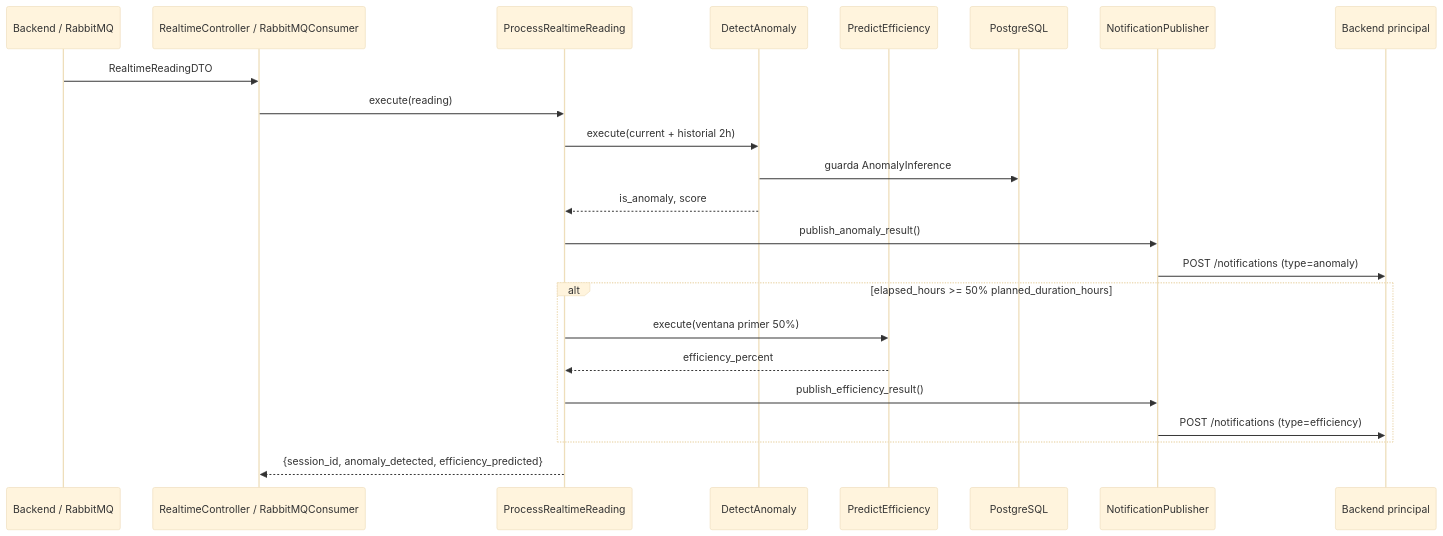
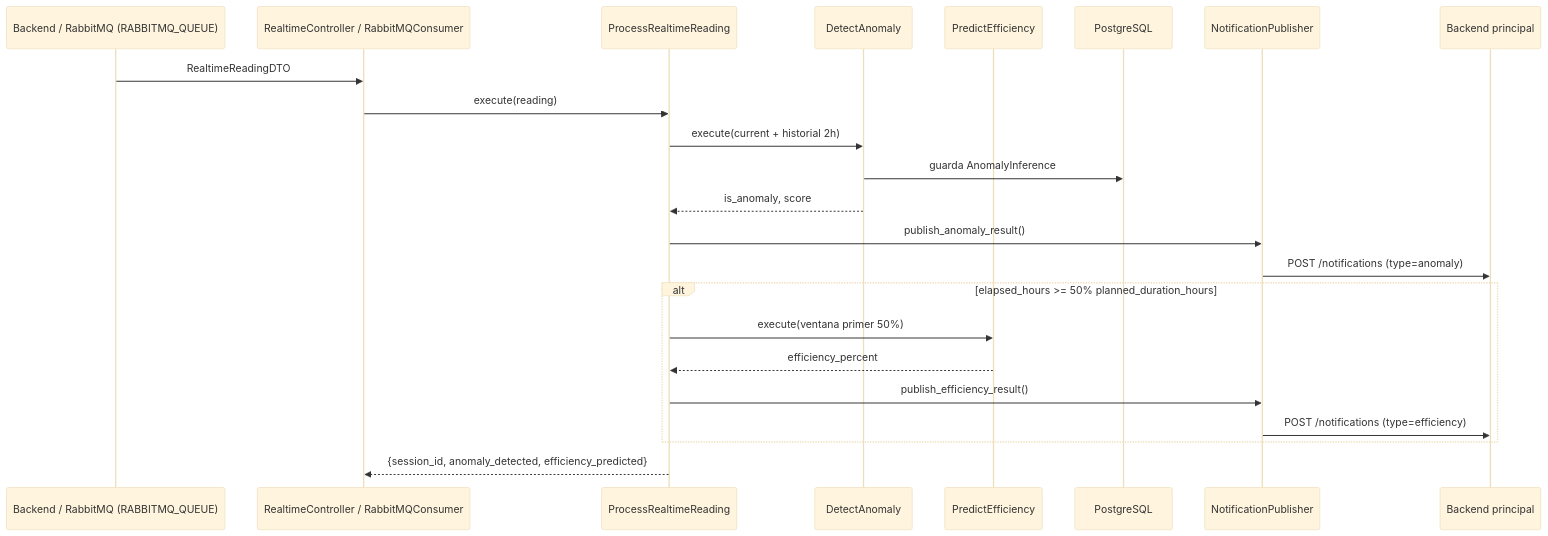
Before and after one commit to ESTSOFTWARE/ML_FERMENTADOR: the third of 5 diagrams in docs/data-flow.md, drawn with Mermaid (base theme). The commit also changed other lines of this file and 12 other files, not shown here.

Commit message:
feat(ml): implement MQTT sensor consumer for real-time anomaly detection and update architecture documentation

````diff
--- a/docs/data-flow.md
+++ b/docs/data-flow.md
@@ -64,28 +64,28 @@
 ```mermaid
 sequenceDiagram
-    participant Src as Backend / RabbitMQ
+    participant Src as Backend / RabbitMQ (RABBITMQ_QUEUE)
     participant Ctrl as RealtimeController / RabbitMQConsumer
     participant P as ProcessRealtimeReading
     participant DA as DetectAnomaly
     participant PE as PredictEfficiency
     participant DB as PostgreSQL
     participant Pub as NotificationPublisher
     participant BE as Backend principal
 
     Src->>Ctrl: RealtimeReadingDTO
     Ctrl->>P: execute(reading)
     P->>DA: execute(current + historial 2h)
     DA->>DB: guarda AnomalyInference
     DA-->>P: is_anomaly, score
     P->>Pub: publish_anomaly_result()
     Pub->>BE: POST /notifications (type=anomaly)
 
     alt elapsed_hours >= 50% planned_duration_hours
         P->>PE: execute(ventana primer 50%)
         PE-->>P: efficiency_percent
         P->>Pub: publish_efficiency_result()
         Pub->>BE: POST /notifications (type=efficiency)
     end
 
     P-->>Ctrl: {session_id, anomaly_detected, efficiency_predicted}
 ```
````
